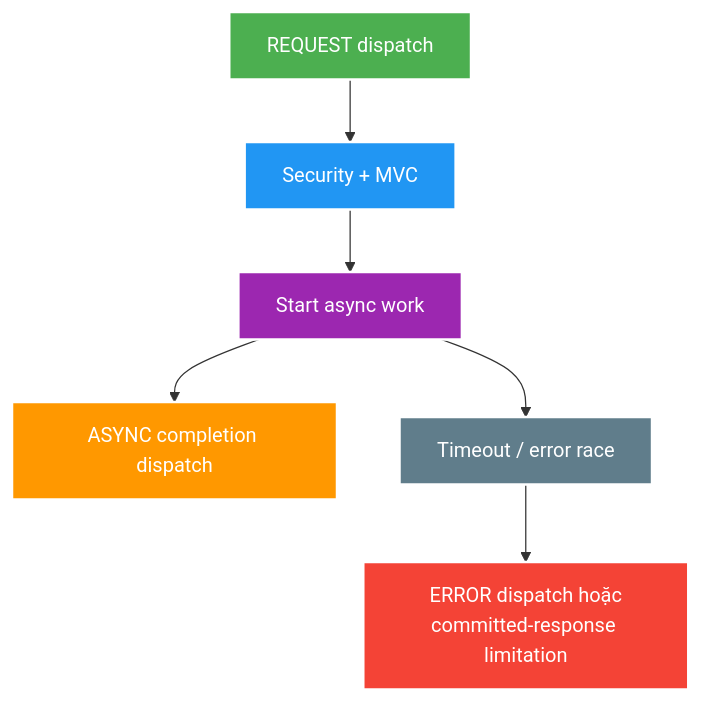
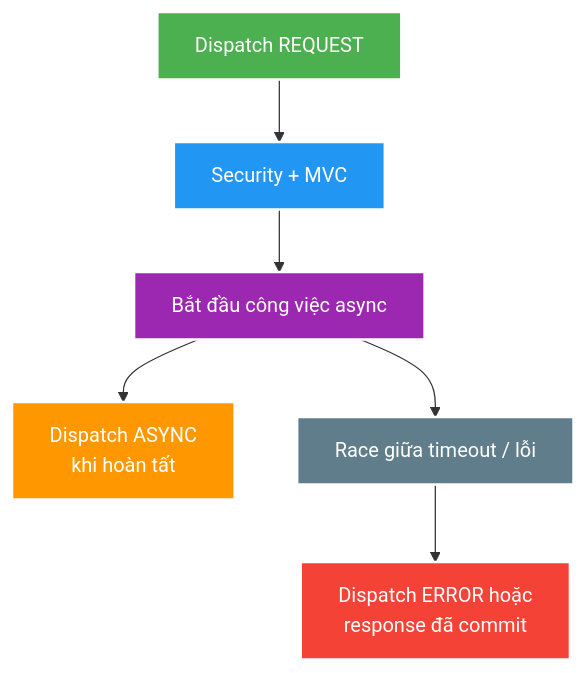
The diagram in docs/learning/topics/spring/theory/deep-dives/mvc-security-validation-async-and-error-pipeline.md (HungPhan200591/live-stream-backend), drawn with Mermaid before and after one commit. The commit also changed other lines of this file and 177 other files, not shown here.

````diff
--- a/docs/learning/topics/spring/theory/deep-dives/mvc-security-validation-async-and-error-pipeline.md
+++ b/docs/learning/topics/spring/theory/deep-dives/mvc-security-validation-async-and-error-pipeline.md
@@ -18,14 +18,14 @@
 ```mermaid
 flowchart TB
-    R["REQUEST dispatch"] --> S["Security + MVC"]
-    S --> A["Start async work"]
-    A --> C["ASYNC completion dispatch"]
-    A --> T["Timeout / error race"]
-    T --> E["ERROR dispatch hoặc<br/>committed-response limitation"]
+    R["Dispatch REQUEST"] --> S["Security + MVC"]
+    S --> A["Bắt đầu công việc async"]
+    A --> C["Dispatch ASYNC<br/>khi hoàn tất"]
+    A --> T["Race giữa timeout / lỗi"]
+    T --> E["Dispatch ERROR hoặc<br/>response đã commit"]
     style R fill:#4CAF50,stroke:#fff,stroke-width:2px,color:#fff
     style S fill:#2196F3,stroke:#fff,stroke-width:2px,color:#fff
     style A fill:#9C27B0,stroke:#fff,stroke-width:2px,color:#fff
     style C fill:#FF9800,stroke:#fff,stroke-width:2px,color:#fff
     style T fill:#607D8B,stroke:#fff,stroke-width:2px,color:#fff
     style E fill:#F44336,stroke:#fff,stroke-width:2px,color:#fff
 ```
````
